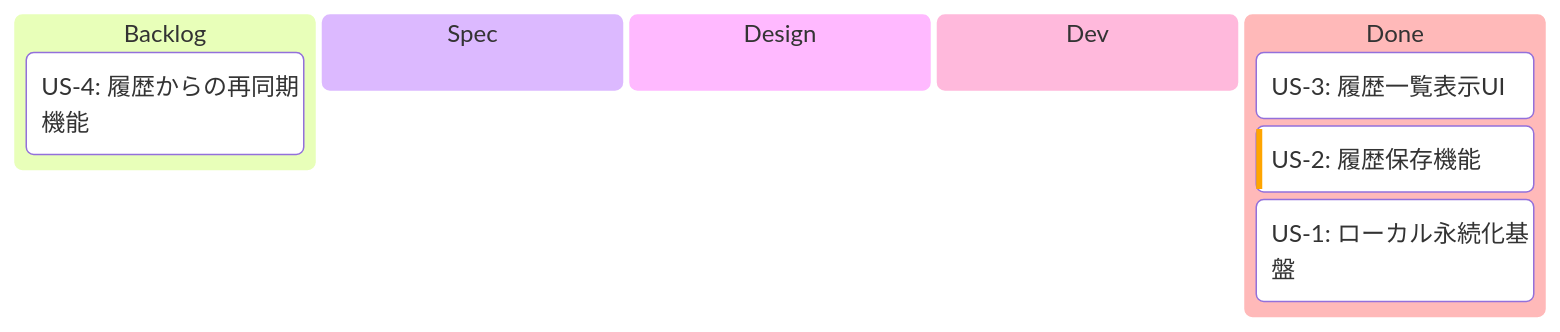
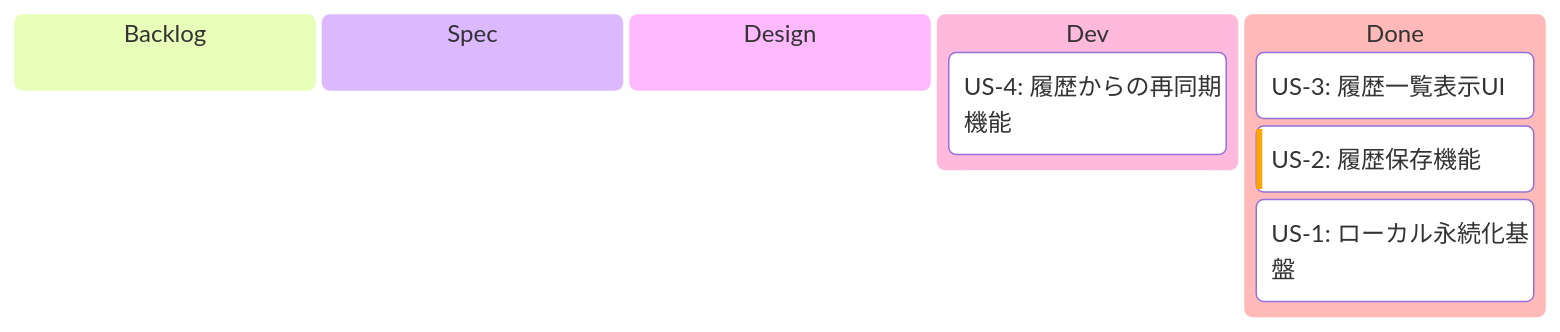
One commit to saki0000/collab-stream changed the first of 2 diagrams in implement-context/sync-history/EPIC.md. Above: the diagram before and after it, drawn with Mermaid. The commit also changed other lines of this file and 11 other files, not shown here.

````diff
--- a/implement-context/sync-history/EPIC.md
+++ b/implement-context/sync-history/EPIC.md
@@ -27,17 +27,17 @@
 ```mermaid
 ---
 config:
   kanban:
     ticketBaseUrl: ''
 ---
 kanban
   backlog[Backlog]
-    us4[US-4: 履歴からの再同期機能]
   spec[Spec]
   design[Design]
   dev[Dev]
+    us4[US-4: 履歴からの再同期機能]
   done[Done]
     us3[US-3: 履歴一覧表示UI]
     us2[US-2: 履歴保存機能]@{ priority: 'High' }
     us1[US-1: ローカル永続化基盤]
 ```
````
